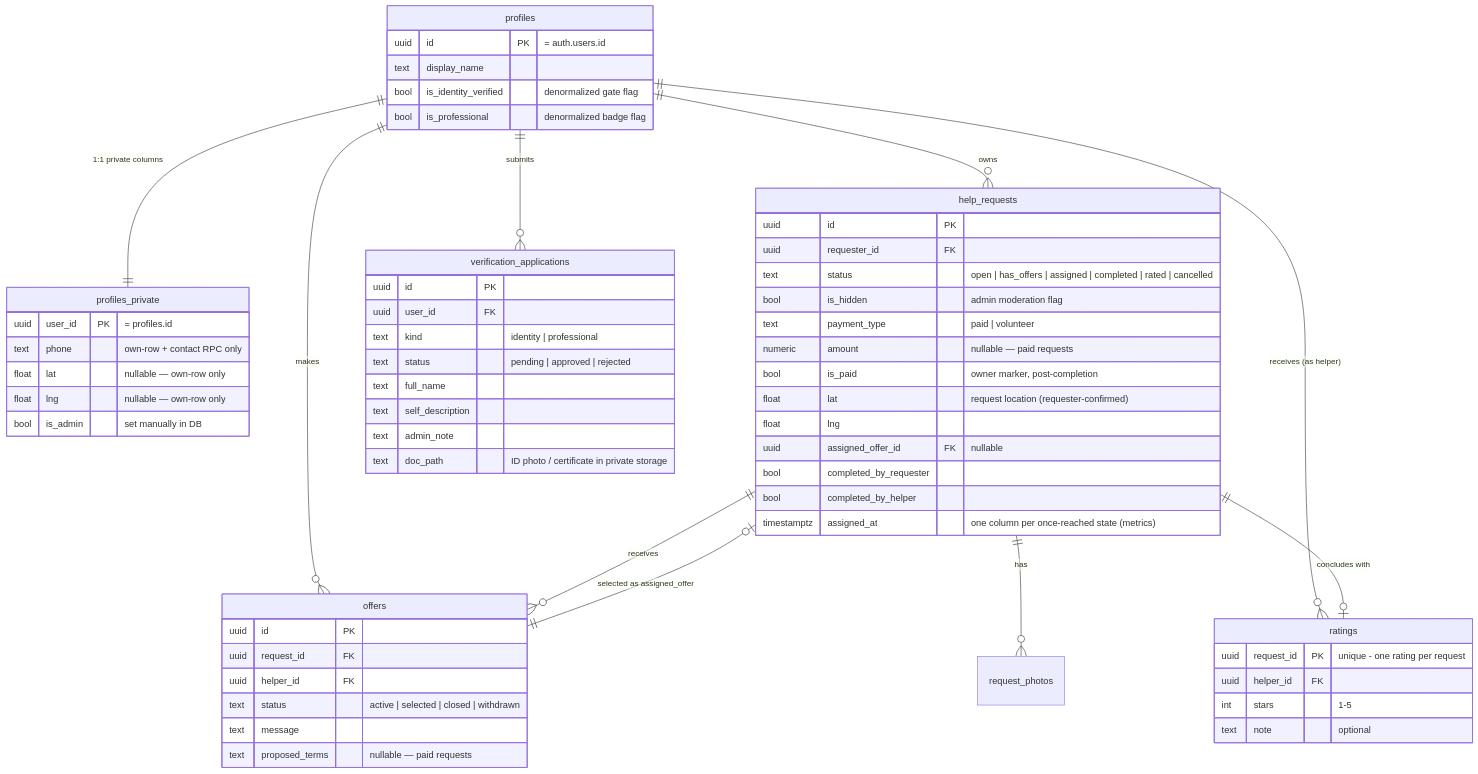
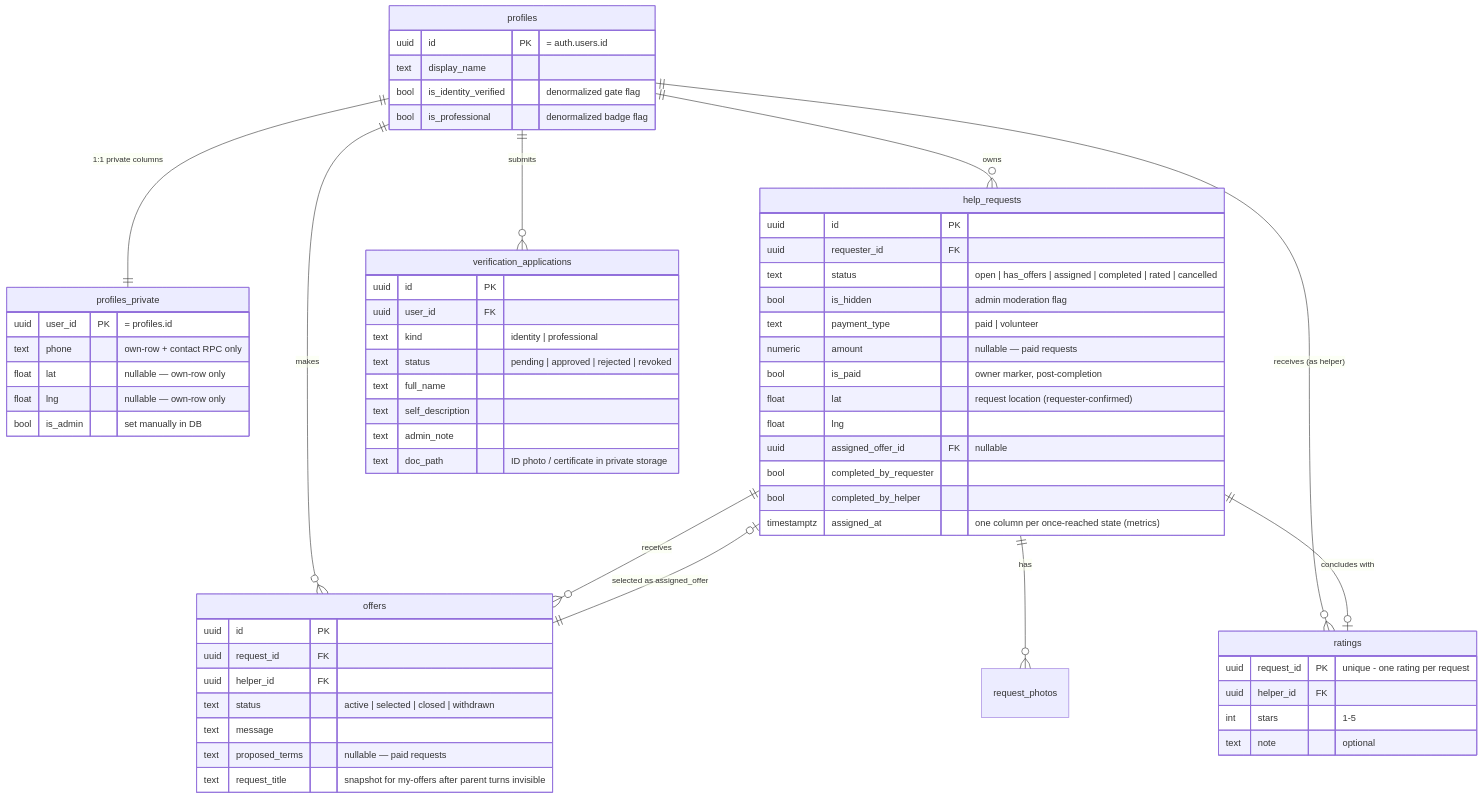
Before and after one commit to YuvGev00/ihelp: the second of 4 diagrams in docs/02-architecture.md, drawn with Mermaid. The commit also changed other lines of this file and 1 other file, not shown here.

````diff
--- a/docs/02-architecture.md
+++ b/docs/02-architecture.md
@@ -100,65 +100,66 @@
 ```mermaid
 erDiagram
     profiles ||--|| profiles_private : "1:1 private columns"
     profiles ||--o{ help_requests : "owns"
     profiles ||--o{ offers : "makes"
     profiles ||--o{ verification_applications : "submits"
     profiles ||--o{ ratings : "receives (as helper)"
     help_requests ||--o{ offers : "receives"
     help_requests ||--o{ request_photos : "has"
     help_requests ||--o| ratings : "concludes with"
     offers ||--o| help_requests : "selected as assigned_offer"
 
     profiles {
         uuid id PK "= auth.users.id"
         text display_name
         bool is_identity_verified "denormalized gate flag"
         bool is_professional "denormalized badge flag"
     }
     profiles_private {
         uuid user_id PK "= profiles.id"
         text phone "own-row + contact RPC only"
         float lat "nullable — own-row only"
         float lng "nullable — own-row only"
         bool is_admin "set manually in DB"
     }
     verification_applications {
         uuid id PK
         uuid user_id FK
         text kind "identity | professional"
-        text status "pending | approved | rejected"
+        text status "pending | approved | rejected | revoked"
         text full_name
         text self_description
         text admin_note
         text doc_path "ID photo / certificate in private storage"
     }
     help_requests {
         uuid id PK
         uuid requester_id FK
         text status "open | has_offers | assigned | completed | rated | cancelled"
         bool is_hidden "admin moderation flag"
         text payment_type "paid | volunteer"
         numeric amount "nullable — paid requests"
         bool is_paid "owner marker, post-completion"
         float lat "request location (requester-confirmed)"
         float lng
         uuid assigned_offer_id FK "nullable"
         bool completed_by_requester
         bool completed_by_helper
         timestamptz assigned_at "one column per once-reached state (metrics)"
     }
     offers {
         uuid id PK
         uuid request_id FK
         uuid helper_id FK
         text status "active | selected | closed | withdrawn"
         text message
         text proposed_terms "nullable — paid requests"
+        text request_title "snapshot for my-offers after parent turns invisible"
     }
     ratings {
         uuid request_id PK "unique - one rating per request"
         uuid helper_id FK
         int stars "1-5"
         text note "optional"
     }
 ```
````
